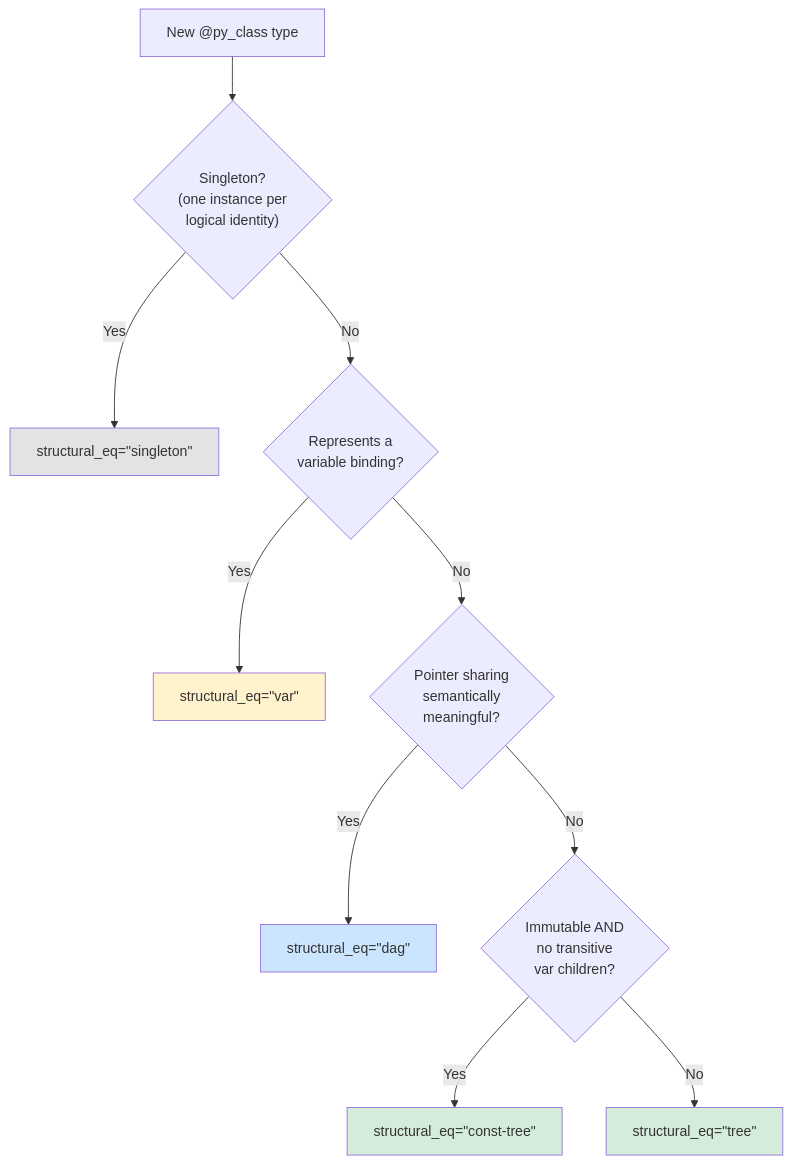
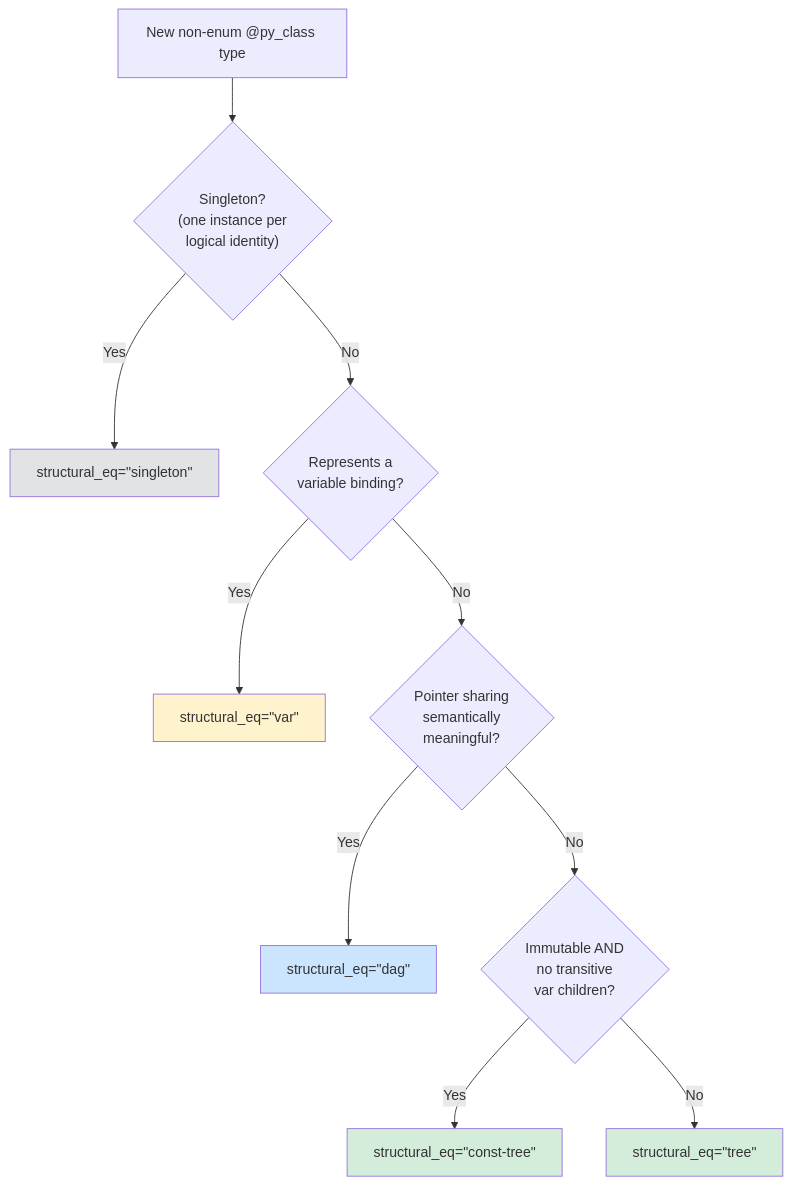
One commit to apache/tvm-ffi changed the seventh of 8 diagrams in docs/concepts/structural_eq_hash.rst. Above: the diagram before and after it, drawn with Mermaid. The commit also changed other lines of this file and 25 other files, not shown here.

```diff
--- a/docs/concepts/structural_eq_hash.rst
+++ b/docs/concepts/structural_eq_hash.rst
@@ -882,18 +888,18 @@
 .. mermaid::
 
    graph TD
-       Start["New @py_class type"] --> Q1{"Singleton?<br/>(one instance per<br/>logical identity)"}
+       Start["New non-enum @py_class type"] --> Q1{"Singleton?<br/>(one instance per<br/>logical identity)"}
        Q1 -->|Yes| UI["structural_eq=&quot;singleton&quot;"]
        Q1 -->|No| Q2{"Represents a<br/>variable binding?"}
        Q2 -->|Yes| FV["structural_eq=&quot;var&quot;"]
        Q2 -->|No| Q3{"Pointer sharing<br/>semantically<br/>meaningful?"}
        Q3 -->|Yes| DN["structural_eq=&quot;dag&quot;"]
        Q3 -->|No| Q4{"Immutable AND<br/>no transitive<br/>var children?"}
        Q4 -->|Yes| CTN["structural_eq=&quot;const-tree&quot;"]
        Q4 -->|No| TN["structural_eq=&quot;tree&quot;"]
 
        style UI fill:#e2e3e5
        style FV fill:#fff3cd
        style DN fill:#cce5ff
        style CTN fill:#d4edda
        style TN fill:#d4edda
```
